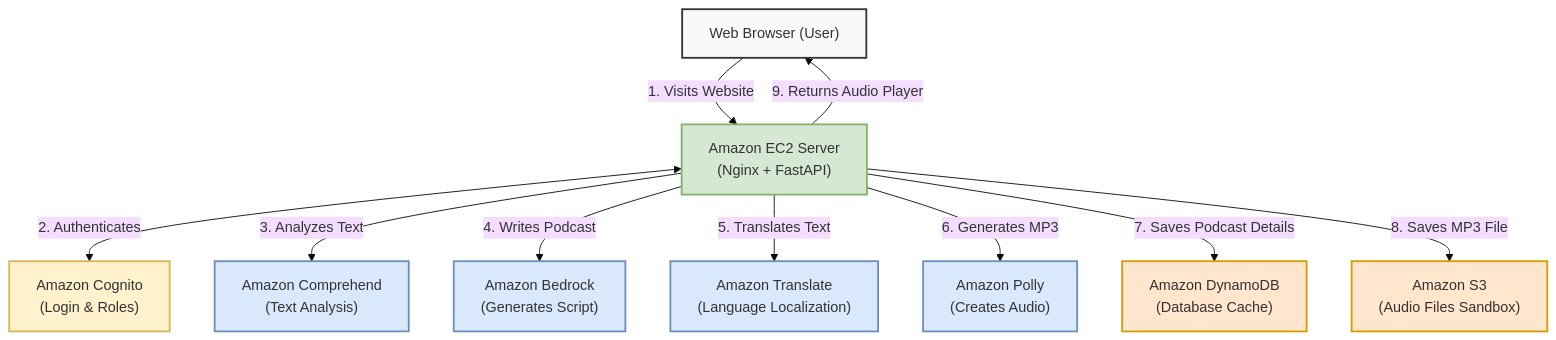
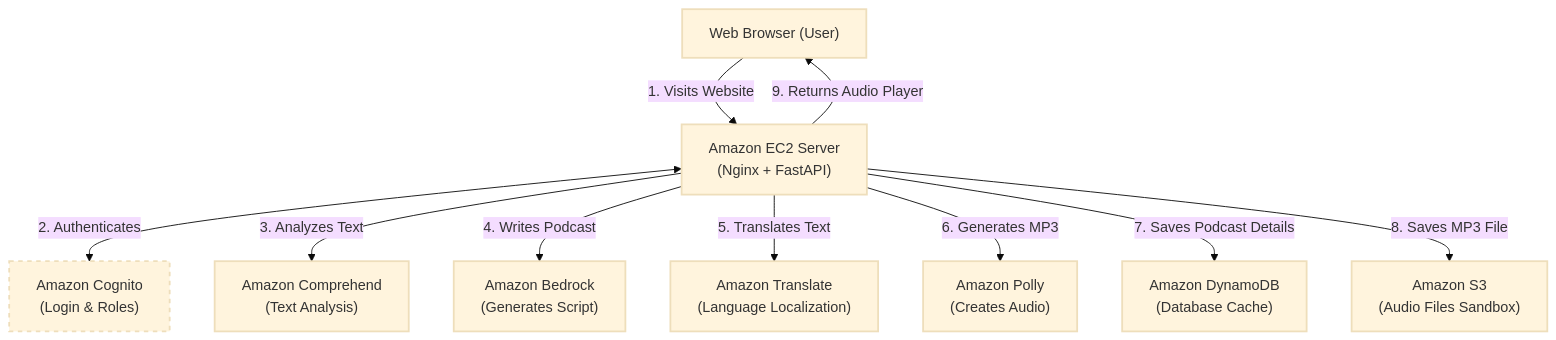
Before and after one commit to Tejasai37/papercast: the diagram in ARCHITECTURE.md, drawn with Mermaid (base theme).

Commit message:
made ARCHITECTURE Light and Dark mode friendly

````diff
--- a/ARCHITECTURE.md
+++ b/ARCHITECTURE.md
@@ -7,38 +7,38 @@
 ```mermaid
 flowchart TD
-    %% Define Styles
-    classDef client fill:#f9f9f9,stroke:#333,stroke-width:2px;
-    classDef server fill:#d5e8d4,stroke:#82b366,stroke-width:2px;
-    classDef awsAuth fill:#fff2cc,stroke:#d6b656,stroke-width:2px;
-    classDef awsAI fill:#dae8fc,stroke:#6c8ebf,stroke-width:2px;
-    classDef awsStorage fill:#ffe6cc,stroke:#d79b00,stroke-width:2px;
+    %% Define Styles (Removed hardcoded colors for native Light/Dark Mode support)
+    classDef client stroke-width:2px;
+    classDef server stroke-width:2px;
+    classDef awsAuth stroke-width:2px,stroke-dasharray: 5 5;
+    classDef awsAI stroke-width:2px;
+    classDef awsStorage stroke-width:2px;
 
     %% Nodes
     Browser["Web Browser (User)"]:::client
     EC2["Amazon EC2 Server<br>(Nginx + FastAPI)"]:::server
     
     Cognito["Amazon Cognito<br>(Login & Roles)"]:::awsAuth
     
     Bedrock["Amazon Bedrock<br>(Generates Script)"]:::awsAI
     Polly["Amazon Polly<br>(Creates Audio)"]:::awsAI
     Translate["Amazon Translate<br>(Language Localization)"]:::awsAI
     Comprehend["Amazon Comprehend<br>(Text Analysis)"]:::awsAI
     
     DynamoDB["Amazon DynamoDB<br>(Database Cache)"]:::awsStorage
     S3["Amazon S3<br>(Audio Files Sandbox)"]:::awsStorage
 
     %% Core Flow
     Browser -->|1. Visits Website| EC2
     
     EC2 <-->|2. Authenticates| Cognito
     
     EC2 -->|3. Analyzes Text| Comprehend
     EC2 -->|4. Writes Podcast| Bedrock
     EC2 -->|5. Translates Text| Translate
     EC2 -->|6. Generates MP3| Polly
     
     EC2 -->|7. Saves Podcast Details| DynamoDB
     EC2 -->|8. Saves MP3 File| S3
     
     EC2 -->|9. Returns Audio Player| Browser
 ```
````
